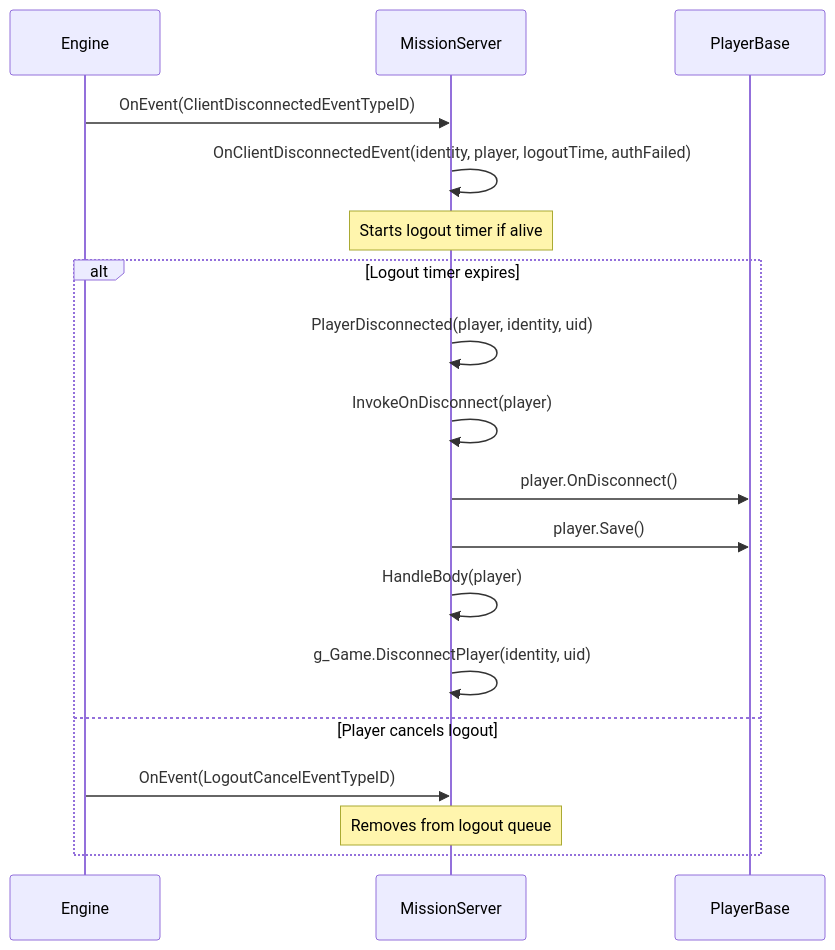
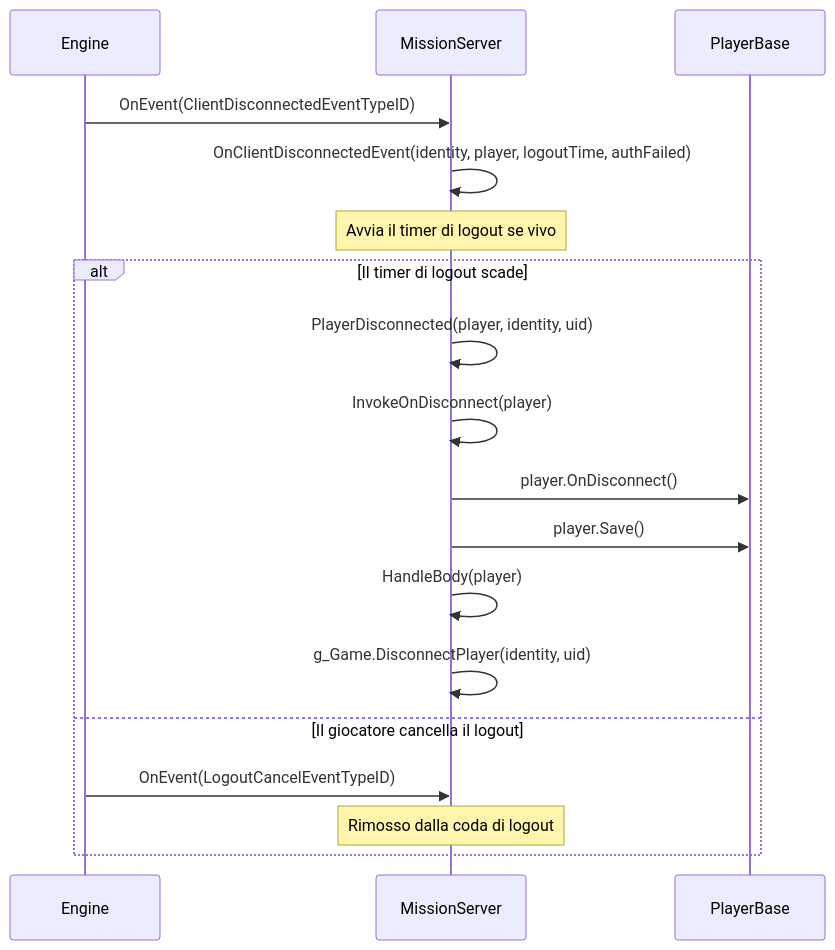
The fifth of 5 diagrams in it/06-engine-api/11-mission-hooks.md (StarDZ-Team/DayZ-Modding-Wiki), drawn with Mermaid before and after one commit. The commit also changed other lines of this file and 7 other files, not shown here.

````diff
--- a/it/06-engine-api/11-mission-hooks.md
+++ b/it/06-engine-api/11-mission-hooks.md
@@ -261,22 +261,22 @@
 ```mermaid
 sequenceDiagram
     participant Engine
     participant MS as MissionServer
     participant Player as PlayerBase
 
     Engine->>MS: OnEvent(ClientDisconnectedEventTypeID)
     MS->>MS: OnClientDisconnectedEvent(identity, player, logoutTime, authFailed)
-    Note over MS: Starts logout timer if alive
+    Note over MS: Avvia il timer di logout se vivo
 
-    alt Logout timer expires
+    alt Il timer di logout scade
         MS->>MS: PlayerDisconnected(player, identity, uid)
         MS->>MS: InvokeOnDisconnect(player)
         MS->>Player: player.OnDisconnect()
         MS->>Player: player.Save()
         MS->>MS: HandleBody(player)
         MS->>MS: g_Game.DisconnectPlayer(identity, uid)
-    else Player cancels logout
+    else Il giocatore cancella il logout
         Engine->>MS: OnEvent(LogoutCancelEventTypeID)
-        Note over MS: Removes from logout queue
+        Note over MS: Rimosso dalla coda di logout
     end
 ```
````
